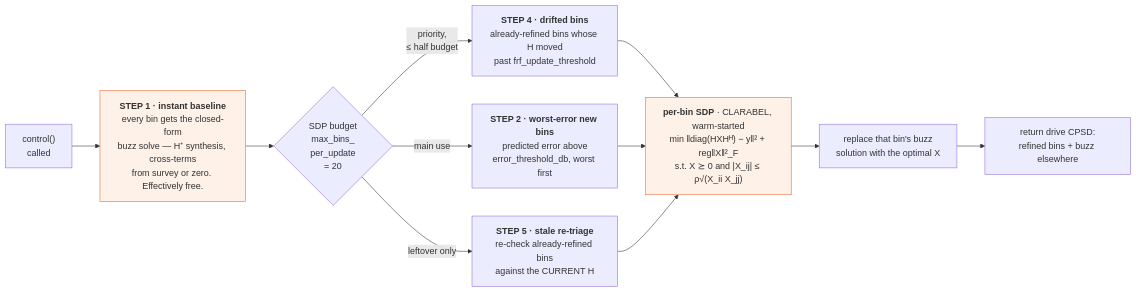
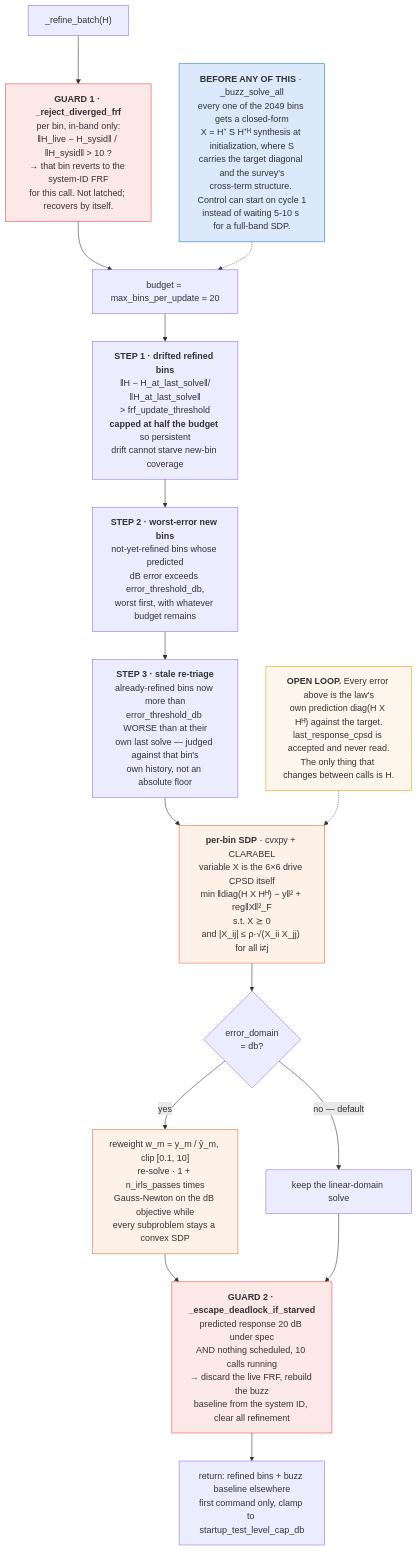
Before and after one commit to githunter333/rattlesnake-vibration-controller: the diagram in Claude outputs/flowcharts/02_optimal_diagonal.mmd, drawn with Mermaid. The commit also changed 17 other files, not shown here.

```diff
--- a/Claude outputs/flowcharts/02_optimal_diagonal.mmd
+++ b/Claude outputs/flowcharts/02_optimal_diagonal.mmd
@@ -1,13 +1,21 @@
-flowchart LR
-    A["control()<br/>called"] --> B["<b>STEP 1 · instant baseline</b><br/>every bin gets the closed-form<br/>buzz solve — H⁺ synthesis, cross-terms<br/>from survey or zero. Effectively free."]
-    B --> C{"SDP budget<br/>max_bins_<br/>per_update<br/>= 20"}
-    C -->|"priority,<br/>≤ half budget"| D["<b>STEP 4 · drifted bins</b><br/>already-refined bins whose H moved<br/>past frf_update_threshold"]
-    C -->|"main use"| E["<b>STEP 2 · worst-error new bins</b><br/>predicted error above<br/>error_threshold_db, worst first"]
-    C -->|"leftover only"| F["<b>STEP 5 · stale re-triage</b><br/>re-check already-refined bins<br/>against the CURRENT H"]
-    D --> G["<b>per-bin SDP</b> · CLARABEL, warm-started<br/>min ‖diag(HXHᴴ) − y‖² + reg‖X‖²_F<br/>s.t. X ⪰ 0 and |X_ij| ≤ ρ√(X_ii X_jj)"]
-    E --> G
-    F --> G
-    G --> H["replace that bin's buzz<br/>solution with the optimal X"]
-    H --> I["return drive CPSD:<br/>refined bins + buzz elsewhere"]
-    style B fill:#fdf1e8,stroke:#eb6834
-    style G fill:#fdf1e8,stroke:#eb6834
+flowchart TD
+    A["_refine_batch(H)"] --> G1["<b>GUARD 1 · _reject_diverged_frf</b><br/>per bin, in-band only:<br/>‖H_live − H_sysid‖ / ‖H_sysid‖ &gt; 10 ?<br/>→ that bin reverts to the system-ID FRF<br/>for this call. Not latched; recovers by itself."]
+    G1 --> B["budget = max_bins_per_update = 20"]
+    B --> S1["<b>STEP 1 · drifted refined bins</b><br/>‖H − H_at_last_solve‖/‖H_at_last_solve‖<br/>&gt; frf_update_threshold<br/><b>capped at half the budget</b> so persistent<br/>drift cannot starve new-bin coverage"]
+    S1 --> S2["<b>STEP 2 · worst-error new bins</b><br/>not-yet-refined bins whose predicted<br/>dB error exceeds error_threshold_db,<br/>worst first, with whatever budget remains"]
+    S2 --> S3["<b>STEP 3 · stale re-triage</b><br/>already-refined bins now more than<br/>error_threshold_db WORSE than at their<br/>own last solve — judged against that bin's<br/>own history, not an absolute floor"]
+    S3 --> SDP["<b>per-bin SDP</b> · cvxpy + CLARABEL<br/>variable X is the 6×6 drive CPSD itself<br/>min ‖diag(H X Hᴴ) − y‖² + reg‖X‖²_F<br/>s.t. X ⪰ 0<br/>and |X_ij| ≤ ρ·√(X_ii X_jj) for all i≠j"]
+    SDP --> IRLS{"error_domain<br/>= db?"}
+    IRLS -->|"yes"| RW["reweight w_m = y_m / ŷ_m, clip [0.1, 10]<br/>re-solve · 1 + n_irls_passes times<br/>Gauss-Newton on the dB objective while<br/>every subproblem stays a convex SDP"]
+    IRLS -->|"no — default"| DONE["keep the linear-domain solve"]
+    RW --> G2
+    DONE --> G2["<b>GUARD 2 · _escape_deadlock_if_starved</b><br/>predicted response 20 dB under spec<br/>AND nothing scheduled, 10 calls running<br/>→ discard the live FRF, rebuild the buzz<br/>baseline from the system ID, clear all refinement"]
+    G2 --> OUT["return: refined bins + buzz baseline elsewhere<br/>first command only, clamp to startup_test_level_cap_db"]
+    BZ["<b>BEFORE ANY OF THIS</b> · _buzz_solve_all<br/>every one of the 2049 bins gets a closed-form<br/>X = H⁺ S H⁺ᴴ synthesis at initialization, where S<br/>carries the target diagonal and the survey's<br/>cross-term structure. Control can start on cycle 1<br/>instead of waiting 5-10 s for a full-band SDP."] -.-> B
+    NOTE["<b>OPEN LOOP.</b> Every error above is the law's<br/>own prediction diag(H X Hᴴ) against the target.<br/>last_response_cpsd is accepted and never read.<br/>The only thing that changes between calls is H."] -.-> SDP
+    style BZ fill:#dbe9fa,stroke:#2a78d6
+    style SDP fill:#fdf1e8,stroke:#eb6834
+    style RW fill:#fdf1e8,stroke:#eb6834
+    style G1 fill:#fde8e8,stroke:#e34948
+    style G2 fill:#fde8e8,stroke:#e34948
+    style NOTE fill:#fdf6ec,stroke:#eda100
```
